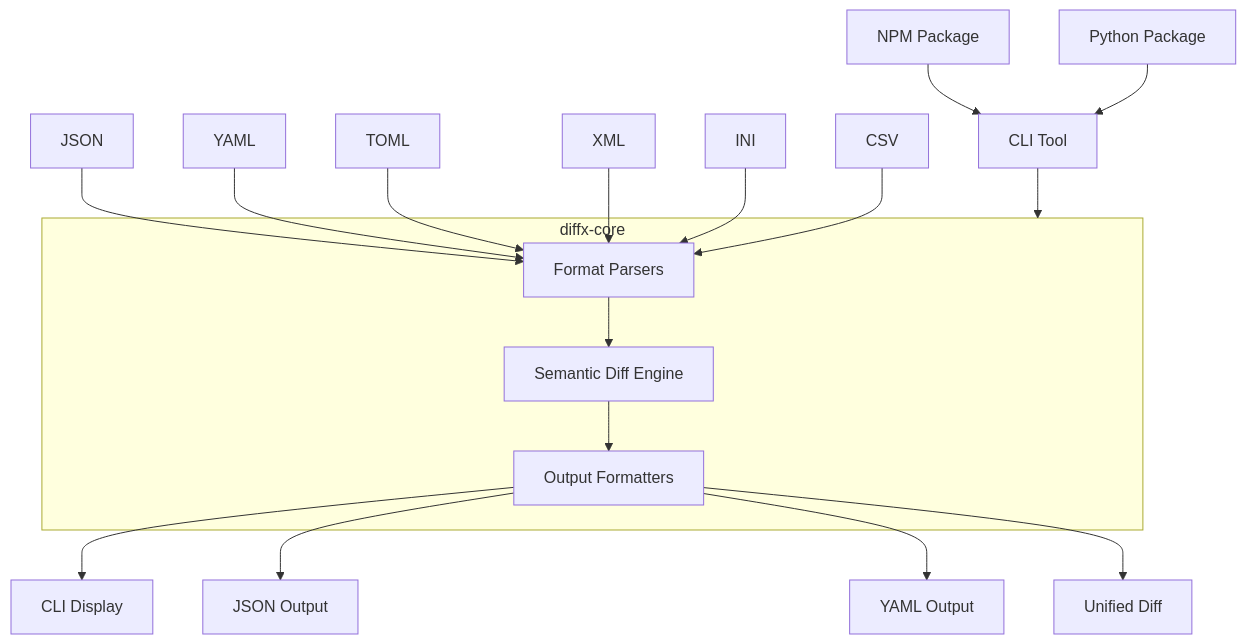
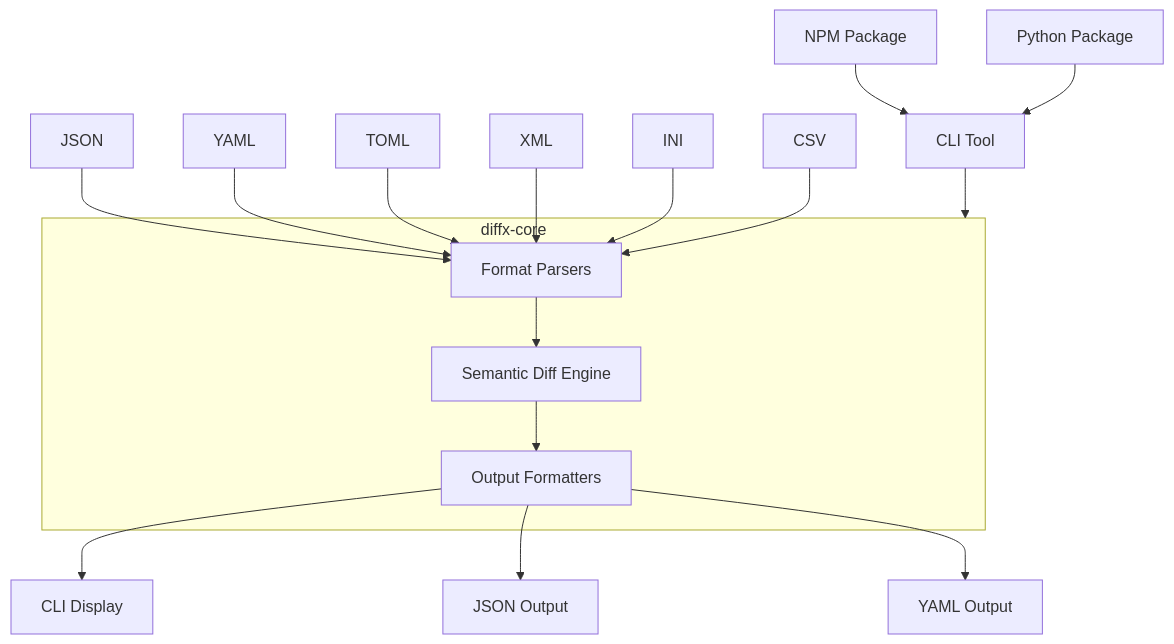
Before and after one commit to kako-jun/diffx: the first of 2 diagrams in README.md, drawn with Mermaid. The commit also changed other lines of this file and 29 other files, not shown here.

````diff
--- a/README.md
+++ b/README.md
@@ -115,25 +111,24 @@
 ```mermaid
 graph TB
     subgraph Core["diffx-core"]
         B[Format Parsers]
         C[Semantic Diff Engine]
         D[Output Formatters]
         B --> C --> D
     end
 
     E[CLI Tool] --> Core
     F[NPM Package] --> E
     G[Python Package] --> E
 
     H[JSON] --> B
     I[YAML] --> B
     J[TOML] --> B
     K[XML] --> B
     L[INI] --> B
     M[CSV] --> B
 
     D --> N[CLI Display]
     D --> O[JSON Output]
     D --> P[YAML Output]
-    D --> Q[Unified Diff]
 ```
````
